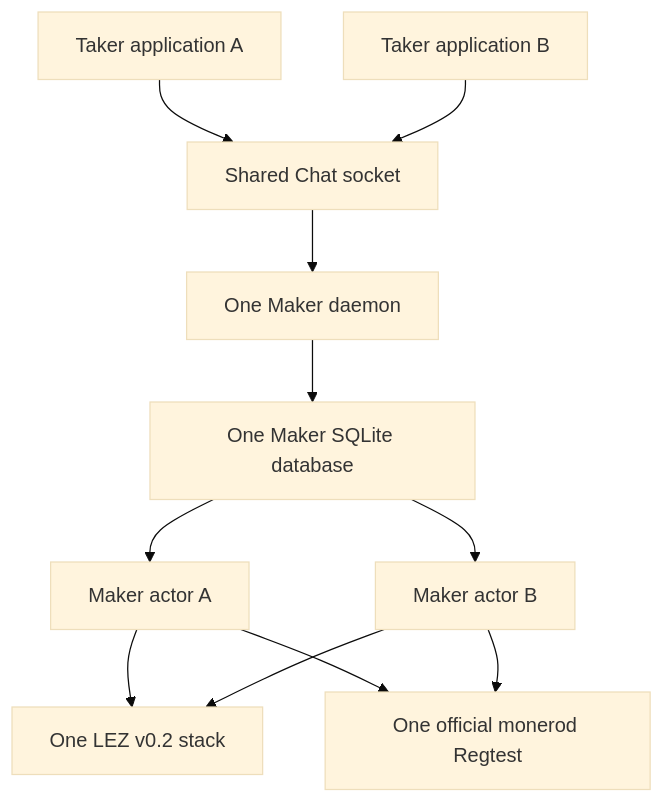
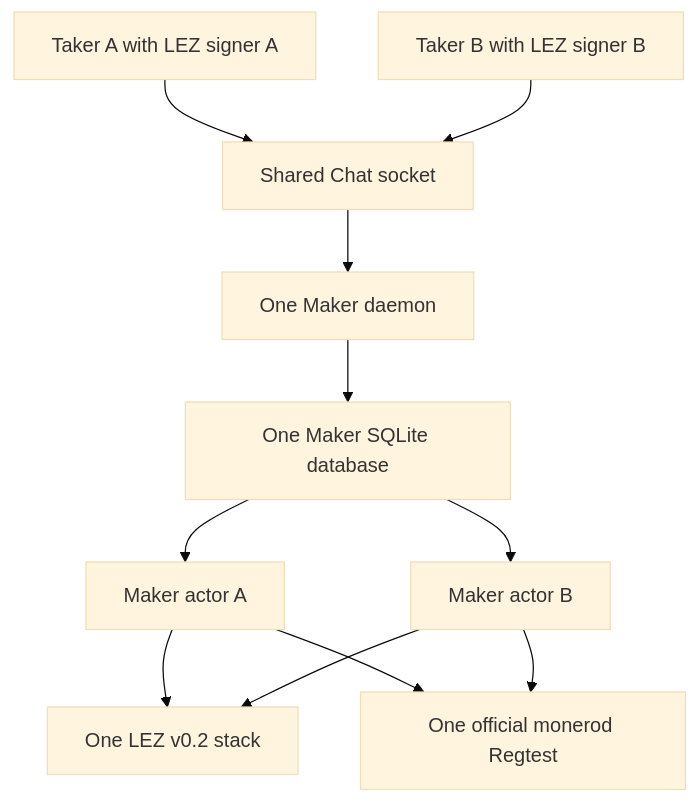
One commit to gateway-fm/lez-atomic-swaps changed the first of 3 diagrams in docs/architecture/0204-run-two-xmr-applications-through-one-daemon.md. Above: the diagram before and after it, drawn with Mermaid (base theme). The commit also changed other lines of this file and 12 other files, not shown here.

````diff
--- a/docs/architecture/0204-run-two-xmr-applications-through-one-daemon.md
+++ b/docs/architecture/0204-run-two-xmr-applications-through-one-daemon.md
@@ -33,13 +34,13 @@
 ```mermaid
 flowchart TB
-    T1[Taker application A] --> C[Shared Chat socket]
-    T2[Taker application B] --> C
+    T1[Taker A with LEZ signer A] --> C[Shared Chat socket]
+    T2[Taker B with LEZ signer B] --> C
     C --> D[One Maker daemon]
     D --> DB[One Maker SQLite database]
     DB --> A[Maker actor A]
     DB --> B[Maker actor B]
     A --> L[One LEZ v0.2 stack]
     B --> L
     A --> M[One official monerod Regtest]
     B --> M
 ```
````
